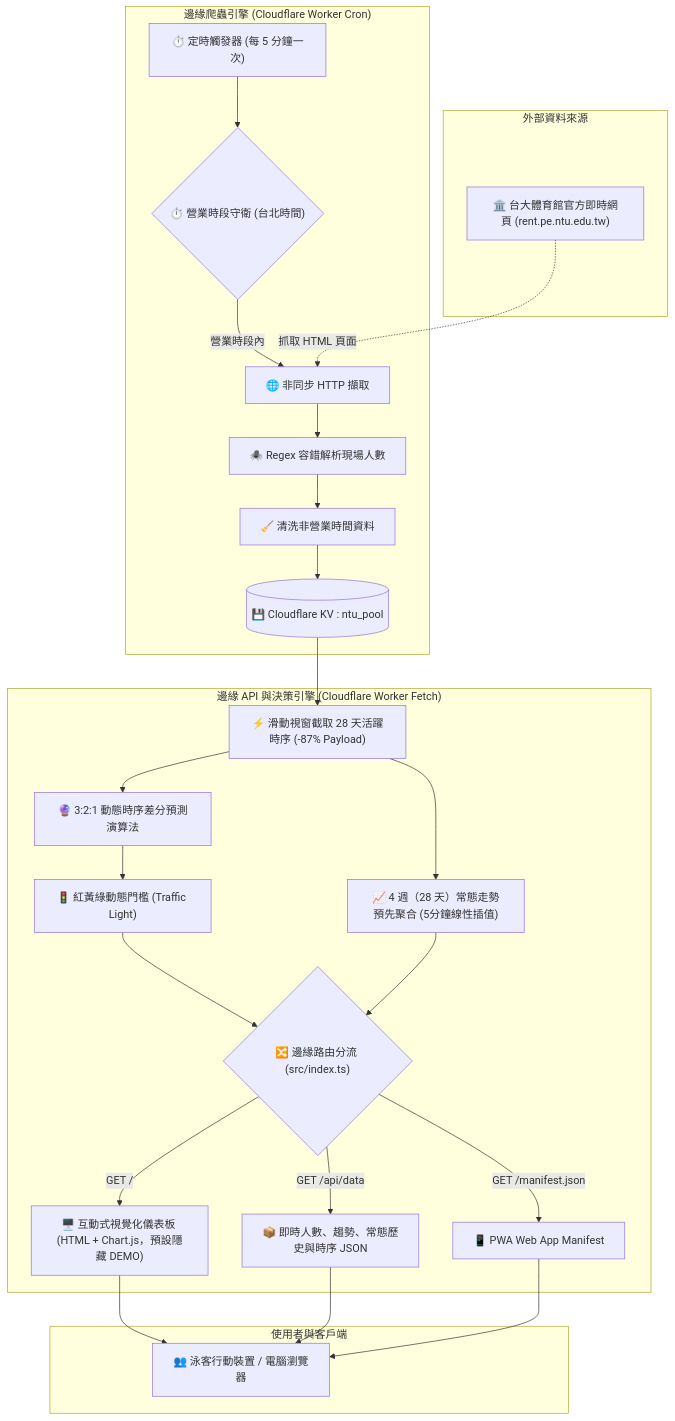
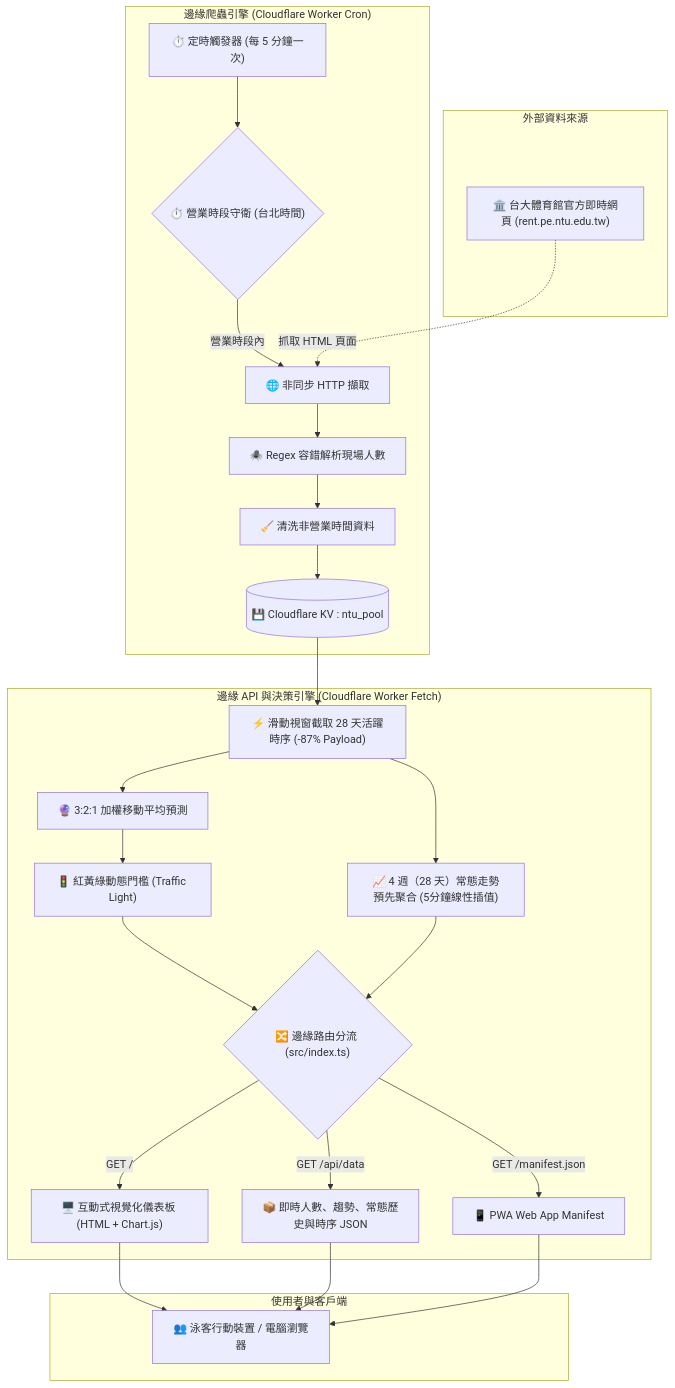
The diagram in README.md (8915ethan/ntu-pool), drawn with Mermaid before and after one commit. The commit also changed other lines of this file and 5 other files, not shown here.

````diff
--- a/README.md
+++ b/README.md
@@ -45,34 +47,34 @@
 ```mermaid
 flowchart TD
     subgraph External["外部資料來源"]
         NTU["🏛️ 台大體育館官方即時網頁 (rent.pe.ntu.edu.tw)"]
     end
 
     subgraph CrawlerEngine["邊緣爬蟲引擎 (Cloudflare Worker Cron)"]
         Cron["⏱️ 定時觸發器 (每 5 分鐘一次)"] --> Guard{"⏱️ 營業時段守衛 (台北時間)"}
         Guard -->|營業時段內| Fetcher["🌐 非同步 HTTP 擷取"]
         NTU -. 抓取 HTML 頁面 .-> Fetcher
         Fetcher --> Regex["🕷️ Regex 容錯解析現場人數"]
         Regex --> Sanitizer["🧹 清洗非營業時間資料"]
         Sanitizer --> KV[("💾 Cloudflare KV : ntu_pool")]
     end
 
     subgraph ServiceEngine["邊緣 API 與決策引擎 (Cloudflare Worker Fetch)"]
         KV --> Window["⚡ 滑動視窗截取 28 天活躍時序 (-87% Payload)"]
         Window --> TypCalc["📈 4 週（28 天）常態走勢預先聚合 (5分鐘線性插值)"]
-        Window --> Algo["🔮 3:2:1 動態時序差分預測演算法"]
+        Window --> Algo["🔮 3:2:1 加權移動平均預測"]
         Algo --> Threshold["🚦 紅黃綠動態門檻 (Traffic Light)"]
         Threshold --> Routes{"🔀 邊緣路由分流 (src/index.ts)"}
         TypCalc --> Routes
         
-        Routes -->|GET /| Dashboard["🖥️ 互動式視覺化儀表板 (HTML + Chart.js，預設隱藏 DEMO)"]
+        Routes -->|GET /| Dashboard["🖥️ 互動式視覺化儀表板 (HTML + Chart.js)"]
         Routes -->|GET /api/data| API["📦 即時人數、趨勢、常態歷史與時序 JSON"]
         Routes -->|GET /manifest.json| PWA["📱 PWA Web App Manifest"]
     end
 
     subgraph Clients["使用者與客戶端"]
         Dashboard --> Users["👥 泳客行動裝置 / 電腦瀏覽器"]
         API --> Users
         PWA --> Users
     end
 ```
````
